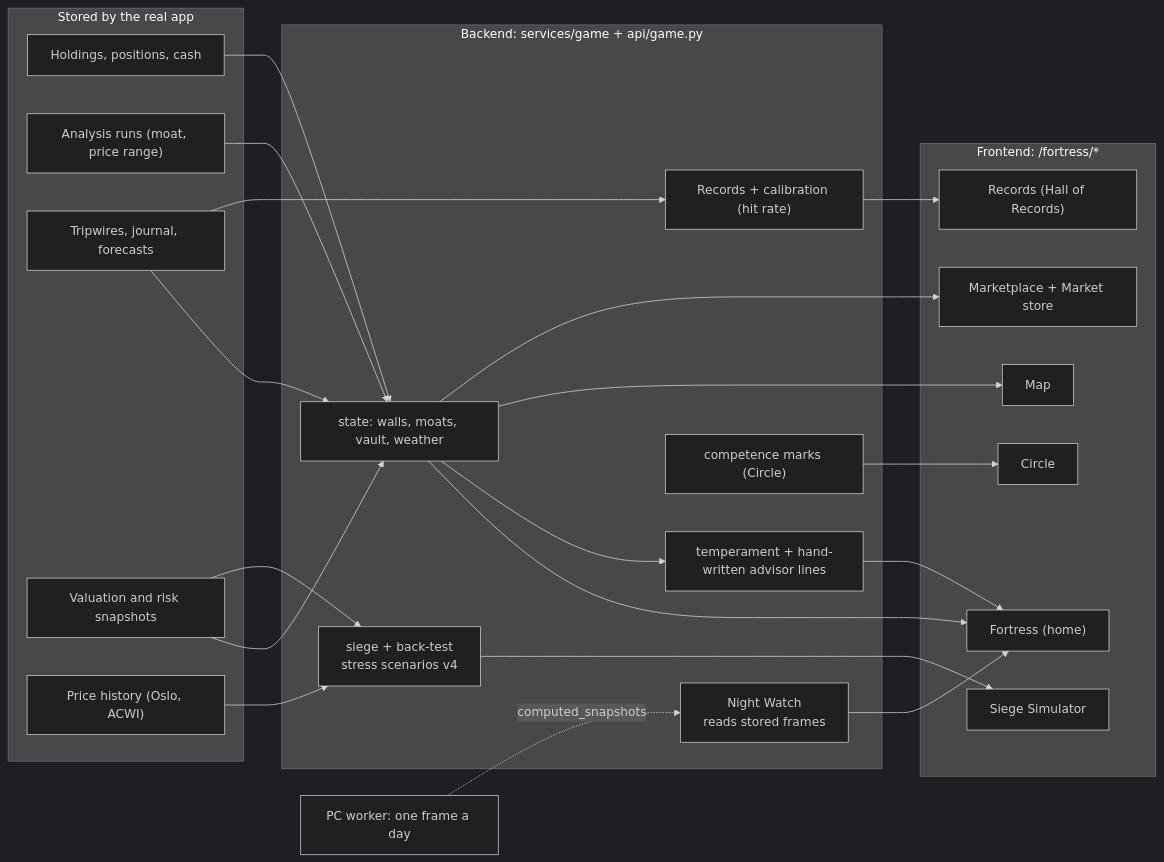
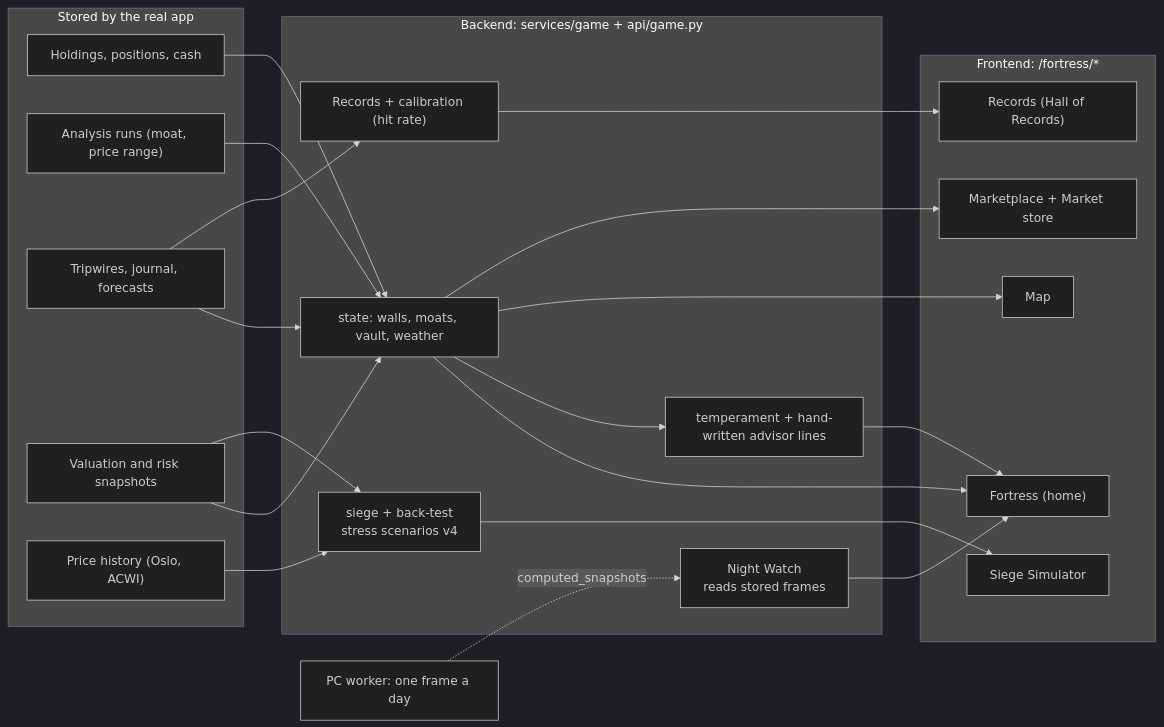
One commit to frmingest/Aladdin changed the sixth of 7 diagrams in docs/architecture.md. Above: the diagram before and after it, drawn with Mermaid (dark theme). The commit also changed other lines of this file and 68 other files, not shown here.

First line of the commit message:
Remove the Circle of Competence page from Game mode

````diff
--- a/docs/architecture.md
+++ b/docs/architecture.md
@@ -352,38 +352,35 @@
 ```mermaid
 flowchart LR
   subgraph STORED["Stored by the real app"]
     A["Holdings, positions, cash"]
     B["Analysis runs (moat, price range)"]
     C["Tripwires, journal, forecasts"]
     D["Valuation and risk snapshots"]
     E["Price history (Oslo, ACWI)"]
   end
 
   subgraph BACKEND["Backend: services/game + api/game.py"]
     S["state: walls, moats, vault, weather"]
     T["temperament + hand-written advisor lines"]
     SG["siege + back-test<br/>stress scenarios v4"]
     NW["Night Watch<br/>reads stored frames"]
     RC["Records + calibration (hit rate)"]
-    CP["competence marks (Circle)"]
   end
 
   subgraph FRONT["Frontend: /fortress/*"]
     F1["Fortress (home)"]
     F2["Marketplace + Market store"]
     F3["Siege Simulator"]
     F4["Records (Hall of Records)"]
-    F5["Circle"]
     F6["Map"]
   end
 
   A & B & C & D --> S --> F1
   S --> T --> F1
   D & E --> SG --> F3
   C --> RC --> F4
   NW --> F1
-  CP --> F5
   S --> F6
   S --> F2
   WORKER["PC worker: one frame a day"] -. "computed_snapshots" .-> NW
 ```
````
